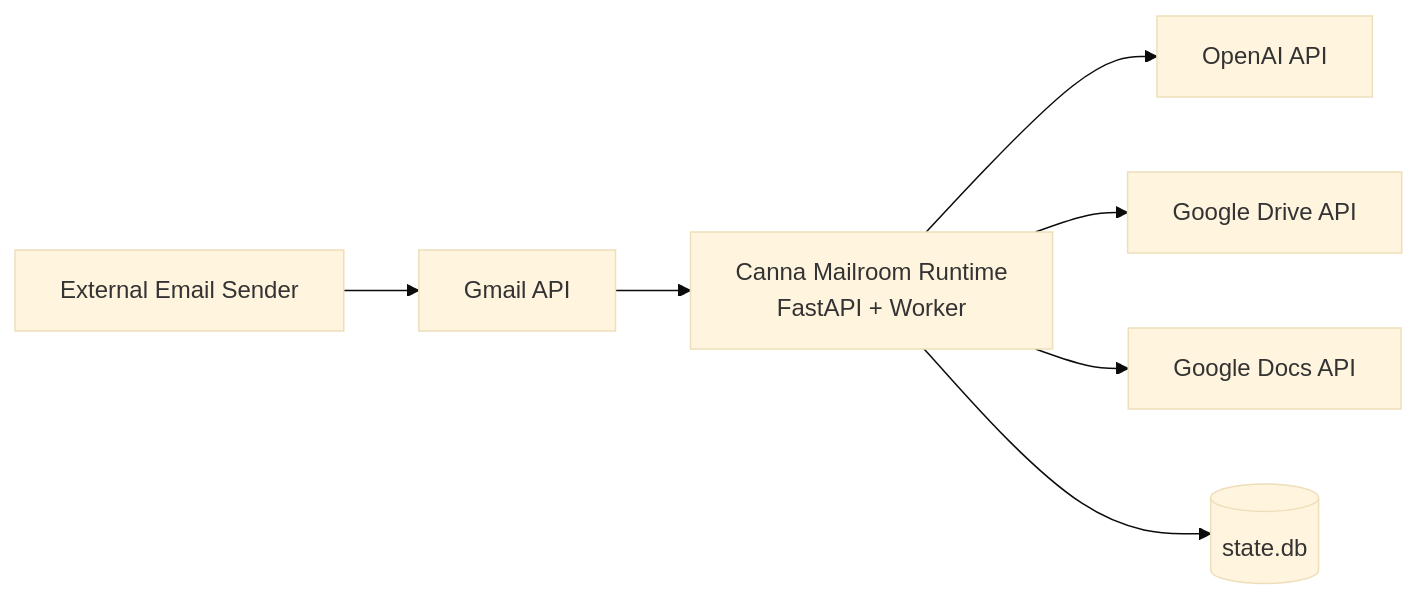
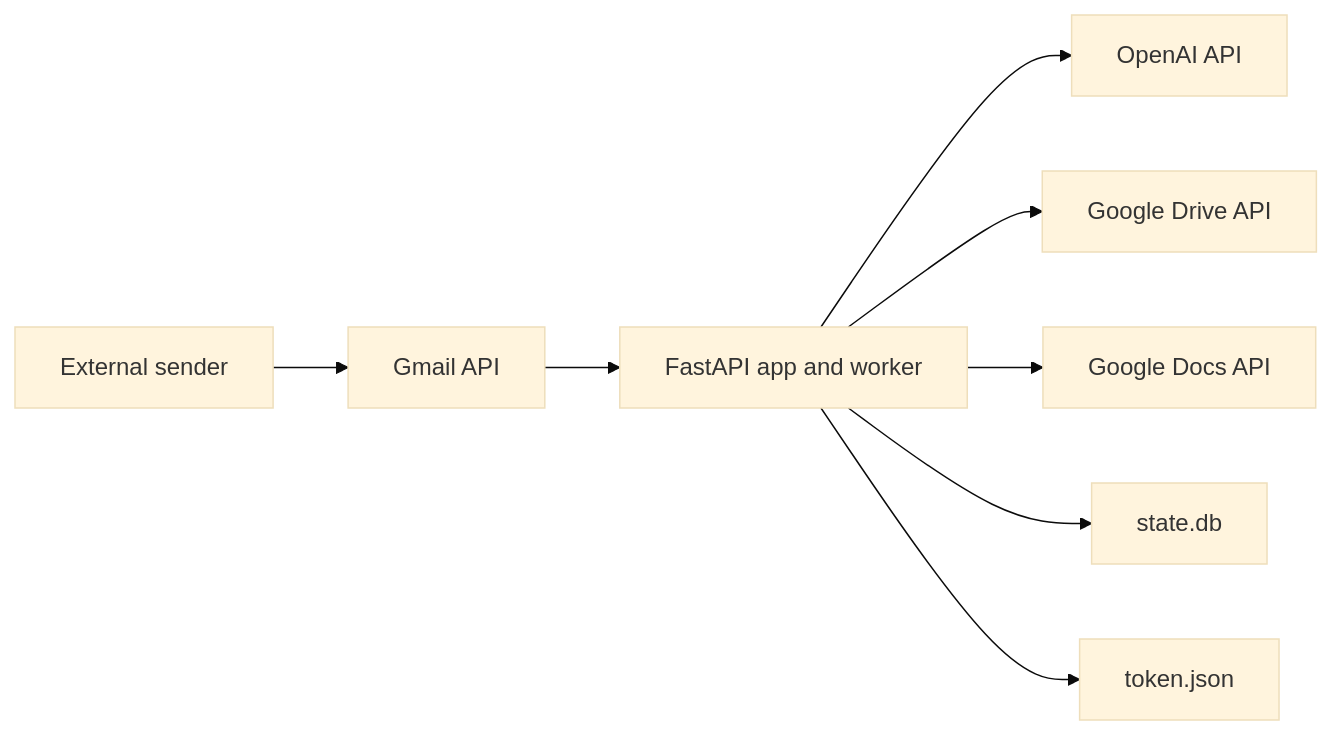
Before and after one commit to LunarMothStudios/Canna-Mailroom: the diagram in docs/deployment.md, drawn with Mermaid (base theme). The commit also changed other lines of this file and 16 other files, not shown here.

````diff
--- a/docs/deployment.md
+++ b/docs/deployment.md
@@ -156,9 +18,10 @@
 ```mermaid
 flowchart LR
-    E[External Email Sender] --> GMAIL[Gmail API]
-    GMAIL --> APP[Canna Mailroom Runtime\nFastAPI + Worker]
-    APP --> OAI[OpenAI API]
-    APP --> DRIVE[Google Drive API]
-    APP --> DOCS[Google Docs API]
-    APP --> DB[(state.db)]
+    Sender["External sender"] --> Gmail["Gmail API"]
+    Gmail --> App["FastAPI app and worker"]
+    App --> OpenAI["OpenAI API"]
+    App --> Drive["Google Drive API"]
+    App --> Docs["Google Docs API"]
+    App --> DB["state.db"]
+    App --> Token["token.json"]
 ```
````
